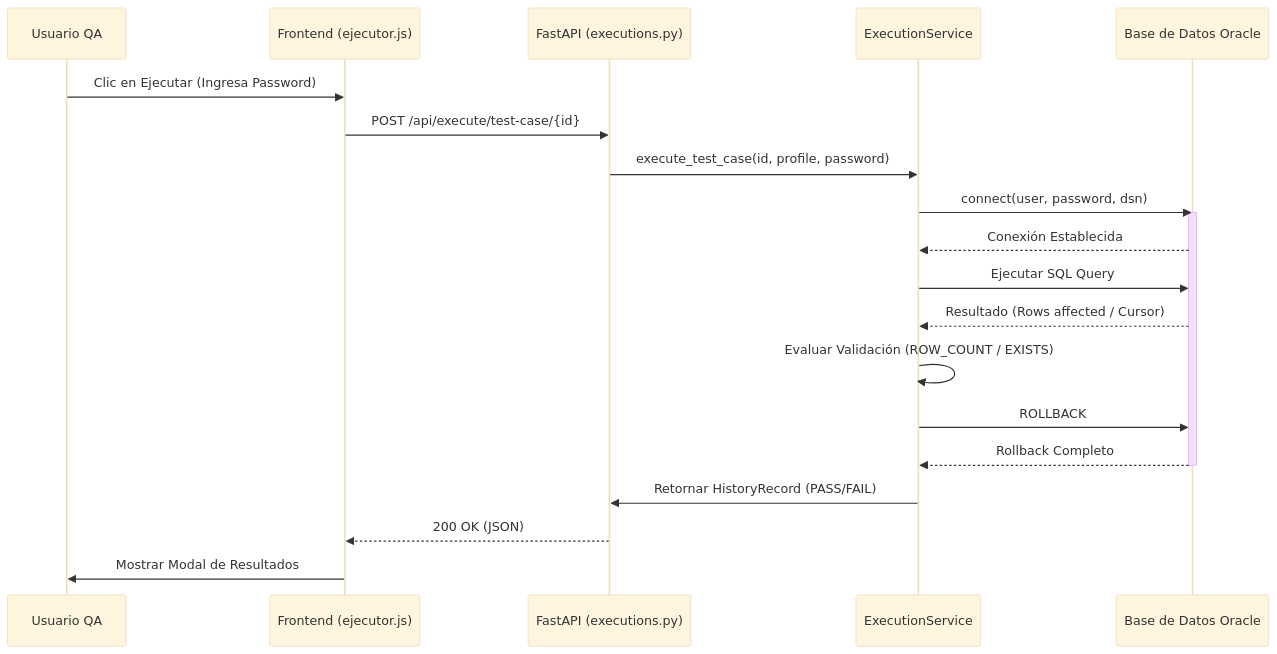
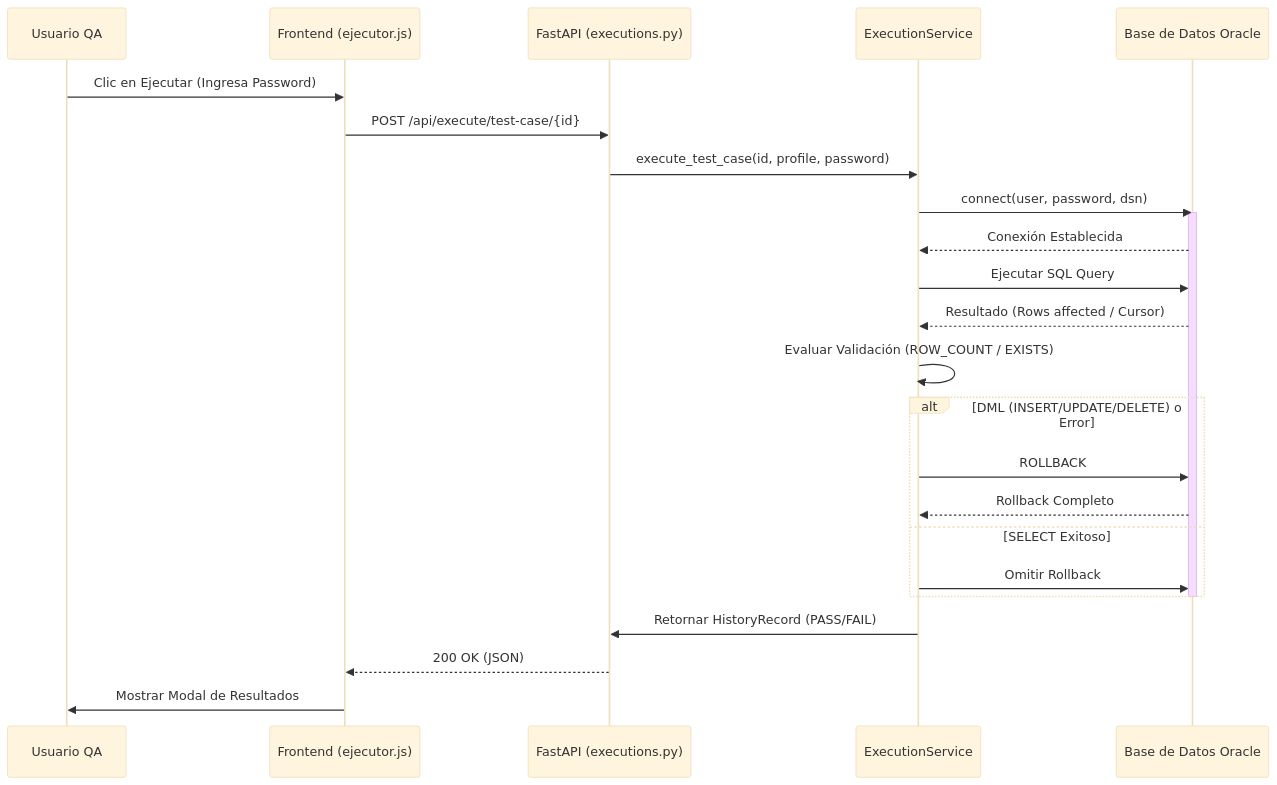
Before and after one commit to Geraldzvallos/framework-pruebas-sql-publico: the diagram in framework-pruebas-sql/docs/diagramas/secuencia.mermaid, drawn with Mermaid (base theme). The commit also changed 17 other files, not shown here.

```diff
--- a/framework-pruebas-sql/docs/diagramas/secuencia.mermaid
+++ b/framework-pruebas-sql/docs/diagramas/secuencia.mermaid
@@ -1,22 +1,26 @@
 sequenceDiagram
     participant User as Usuario QA
     participant UI as Frontend (ejecutor.js)
     participant API as FastAPI (executions.py)
     participant Service as ExecutionService
     participant Oracle as Base de Datos Oracle
 
     User->>UI: Clic en Ejecutar (Ingresa Password)
     UI->>API: POST /api/execute/test-case/{id}
     API->>Service: execute_test_case(id, profile, password)
     Service->>Oracle: connect(user, password, dsn)
     activate Oracle
     Oracle-->>Service: Conexión Establecida
     Service->>Oracle: Ejecutar SQL Query
     Oracle-->>Service: Resultado (Rows affected / Cursor)
     Service->>Service: Evaluar Validación (ROW_COUNT / EXISTS)
-    Service->>Oracle: ROLLBACK
-    Oracle-->>Service: Rollback Completo
+    alt DML (INSERT/UPDATE/DELETE) o Error
+        Service->>Oracle: ROLLBACK
+        Oracle-->>Service: Rollback Completo
+    else SELECT Exitoso
+        Service->>Oracle: Omitir Rollback
+    end
     deactivate Oracle
     Service->>API: Retornar HistoryRecord (PASS/FAIL)
     API-->>UI: 200 OK (JSON)
     UI->>User: Mostrar Modal de Resultados
```
